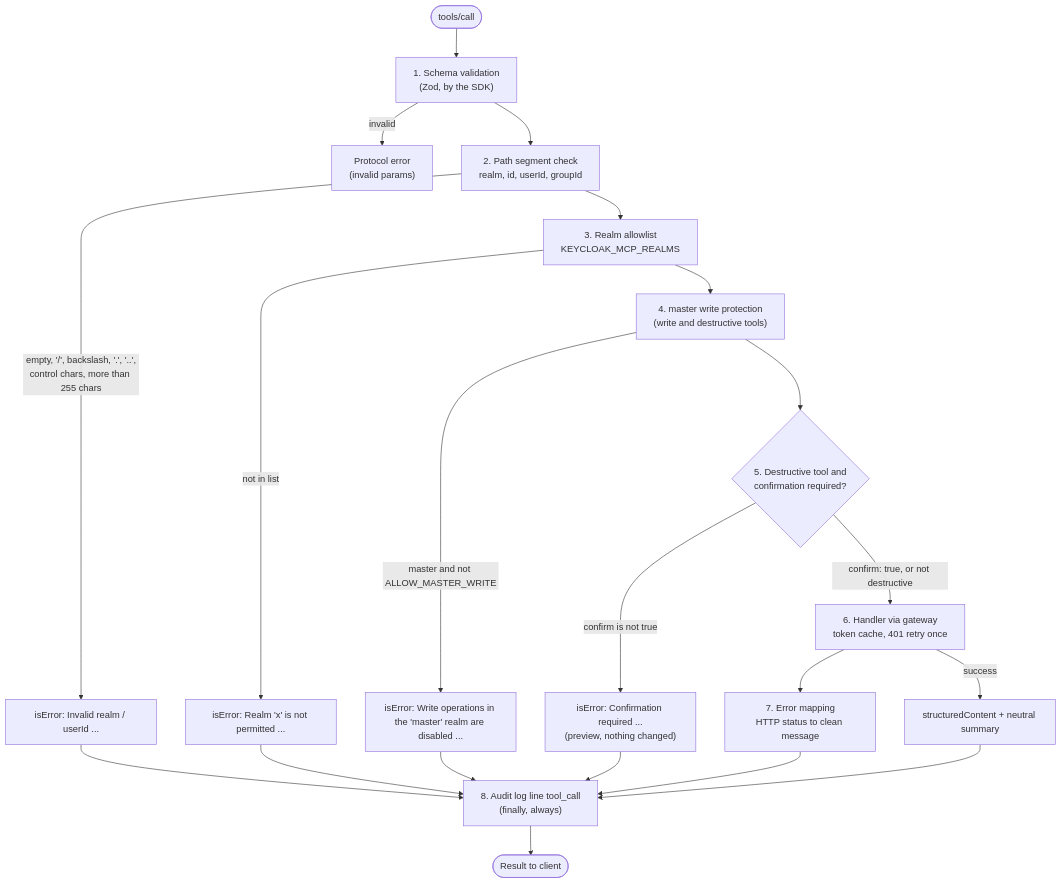
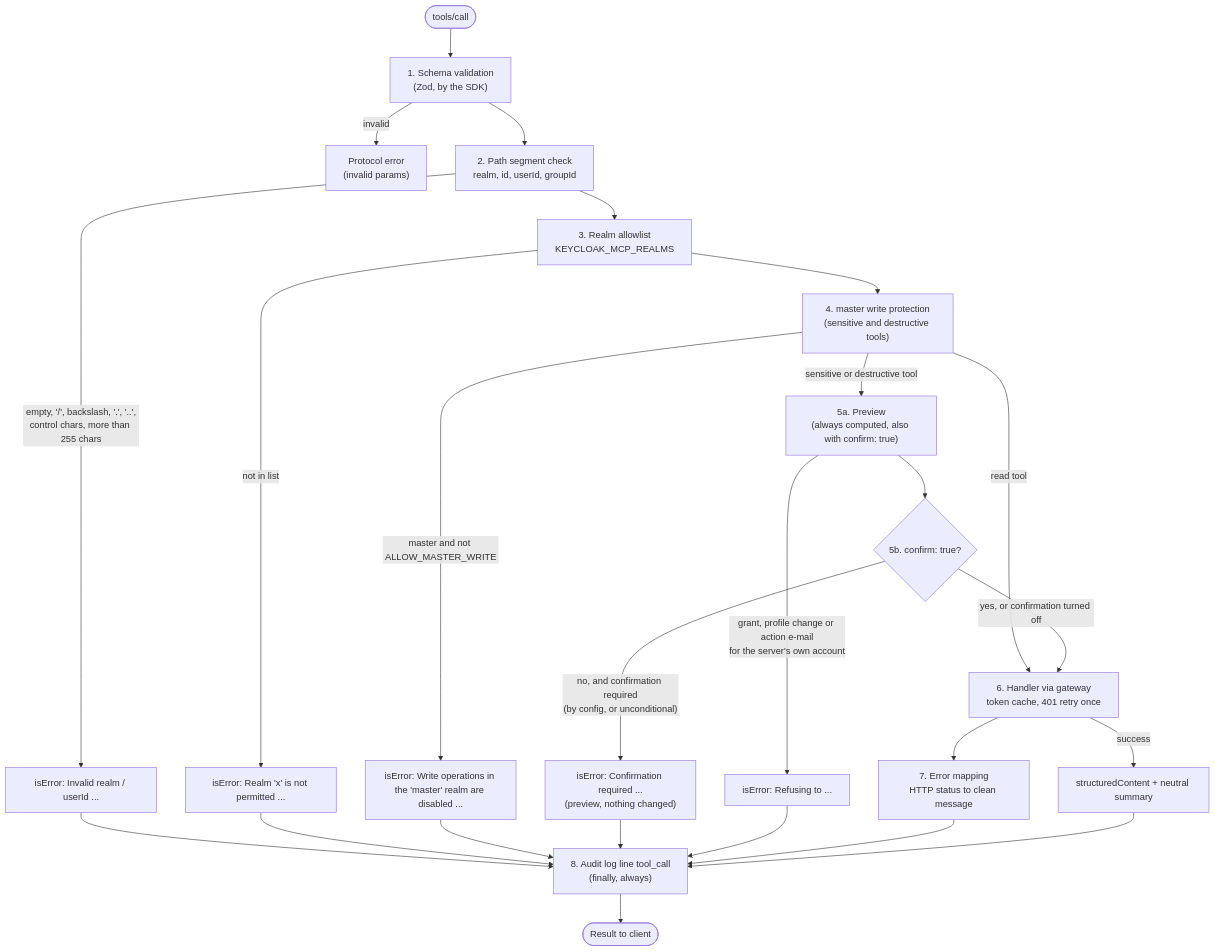
One commit to ChristophEnglisch/keycloak-model-context-protocol changed the second of 2 diagrams in docs/security.md. Above: the diagram before and after it, drawn with Mermaid. The commit also changed other lines of this file and 8 other files, not shown here.

Commit message:
docs: describe sensitive writes and the confirmation rules

````diff
--- a/docs/security.md
+++ b/docs/security.md
@@ -33,23 +33,27 @@
 ```mermaid
 flowchart TD
     A(["tools/call"]) --> B["1. Schema validation<br/>(Zod, by the SDK)"]
     B -- invalid --> X1["Protocol error<br/>(invalid params)"]
     B --> C["2. Path segment check<br/>realm, id, userId, groupId"]
     C -- "empty, '/', backslash, '.', '..',<br/>control chars, more than 255 chars" --> E1["isError: Invalid realm / userId ..."]
     C --> D["3. Realm allowlist<br/>KEYCLOAK_MCP_REALMS"]
     D -- "not in list" --> E2["isError: Realm 'x' is not permitted ..."]
-    D --> F["4. master write protection<br/>(write and destructive tools)"]
+    D --> F["4. master write protection<br/>(sensitive and destructive tools)"]
     F -- "master and not ALLOW_MASTER_WRITE" --> E3["isError: Write operations in the 'master' realm are disabled ..."]
-    F --> G{"5. Destructive tool and<br/>confirmation required?"}
-    G -- "confirm is not true" --> E4["isError: Confirmation required ...<br/>(preview, nothing changed)"]
-    G -- "confirm: true, or not destructive" --> H["6. Handler via gateway<br/>token cache, 401 retry once"]
+    F -- "read tool" --> H
+    F -- "sensitive or destructive tool" --> P["5a. Preview<br/>(always computed, also with confirm: true)"]
+    P -- "grant, profile change or action e-mail<br/>for the server's own account" --> E5["isError: Refusing to ..."]
+    P --> G{"5b. confirm: true?"}
+    G -- "no, and confirmation required<br/>(by config, or unconditional)" --> E4["isError: Confirmation required ...<br/>(preview, nothing changed)"]
+    G -- "yes, or confirmation turned off" --> H["6. Handler via gateway<br/>token cache, 401 retry once"]
     H --> I["7. Error mapping<br/>HTTP status to clean message"]
     H -- success --> J["structuredContent + neutral summary"]
     E1 --> L
     E2 --> L
     E3 --> L
     E4 --> L
+    E5 --> L
     I --> L
     J --> L["8. Audit log line tool_call<br/>(finally, always)"]
     L --> R(["Result to client"])
 ```
````
